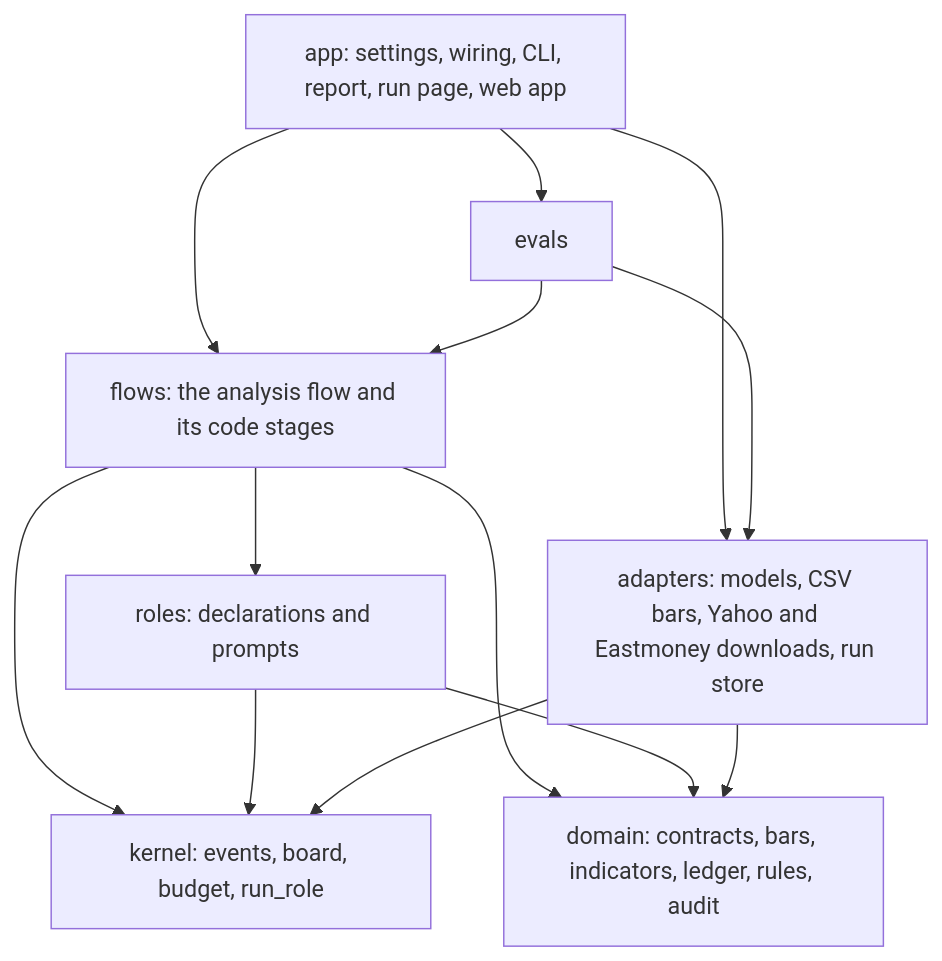
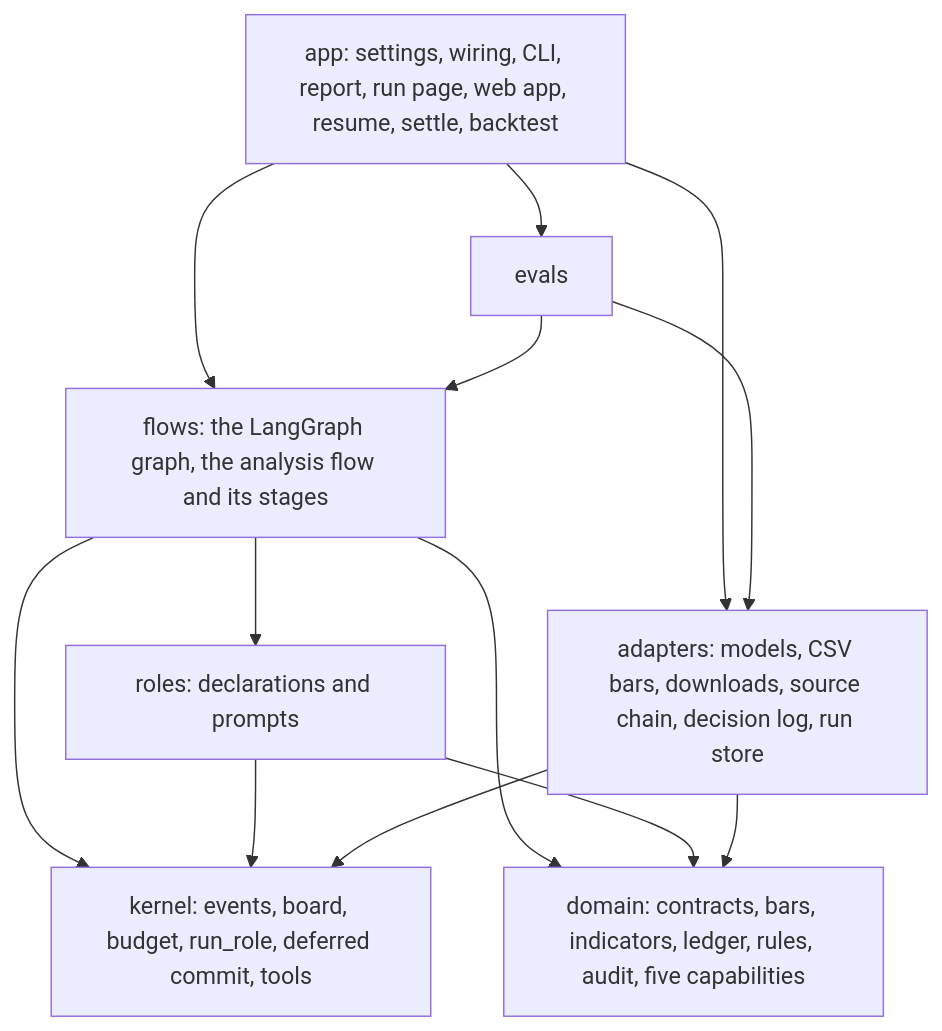
One commit to YinanZhaoXometry/InsightCrew changed the diagram in docs/ARCHITECTURE.md. Above: the diagram before and after it, drawn with Mermaid. The commit also changed other lines of this file and 6 other files, not shown here.

Commit message:
WP39 (documents part): README/AGENTS/ARCHITECTURE/EVALUATION/ROADMAP rewritten for v2.2; notices file list filled; zip awaits WP38

````diff
--- a/docs/ARCHITECTURE.md
+++ b/docs/ARCHITECTURE.md
@@ -54,15 +56,15 @@
 ```mermaid
 flowchart TB
-    app["app: settings, wiring, CLI, report, run page, web app"] --> evals["evals"]
-    app --> adapters["adapters: models, CSV bars, Yahoo and Eastmoney downloads, run store"]
-    app --> flows["flows: the analysis flow and its code stages"]
+    app["app: settings, wiring, CLI, report, run page, web app, resume, settle, backtest"] --> evals["evals"]
+    app --> adapters["adapters: models, CSV bars, downloads, source chain, decision log, run store"]
+    app --> flows["flows: the LangGraph graph, the analysis flow and its stages"]
     evals --> adapters
     evals --> flows
     flows --> roles["roles: declarations and prompts"]
-    flows --> domain["domain: contracts, bars, indicators, ledger, rules, audit"]
-    flows --> kernel["kernel: events, board, budget, run_role"]
+    flows --> domain["domain: contracts, bars, indicators, ledger, rules, audit, five capabilities"]
+    flows --> kernel["kernel: events, board, budget, run_role, deferred commit, tools"]
     roles --> domain
     roles --> kernel
     adapters --> kernel
     adapters --> domain
 ```
````
